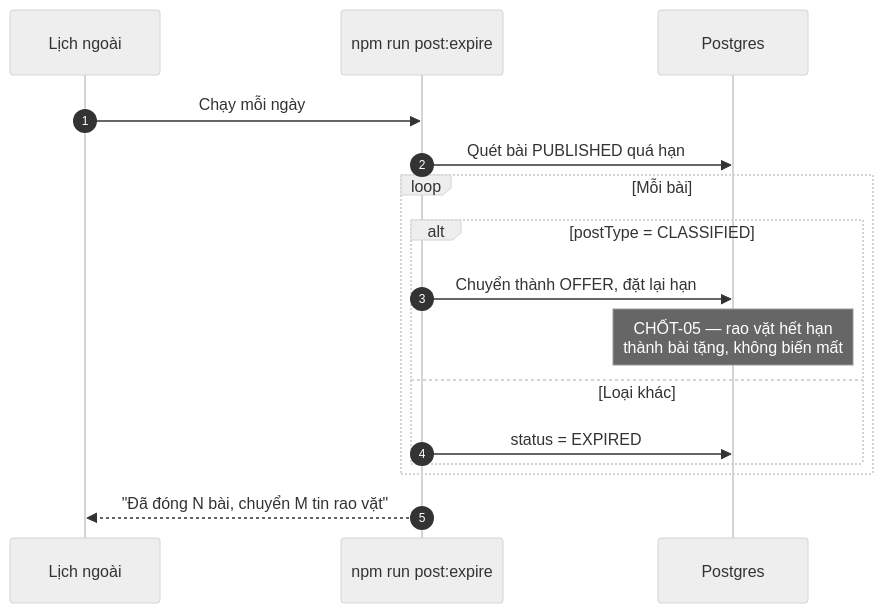
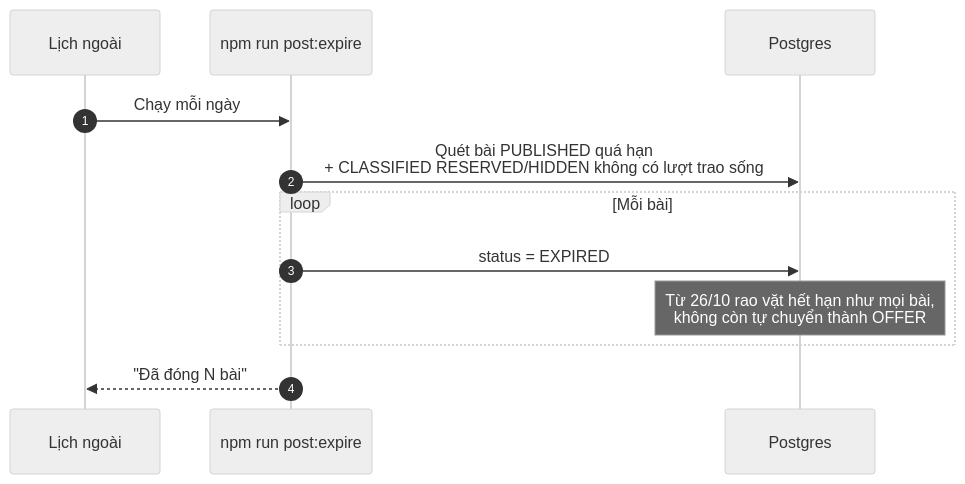
Before and after one commit to fdshn/trueheart: the fourth of 7 diagrams in docs/diagram/04-post.md, drawn with Mermaid (neutral theme). The commit also changed other lines of this file and 49 other files, not shown here.

````diff
--- a/docs/diagram/04-post.md
+++ b/docs/diagram/04-post.md
@@ -125,19 +140,15 @@
 ```mermaid
 sequenceDiagram
     autonumber
     participant CRON as Lịch ngoài
     participant CLI as npm run post:expire
     participant DB as Postgres
 
     CRON->>CLI: Chạy mỗi ngày
-    CLI->>DB: Quét bài PUBLISHED quá hạn
+    CLI->>DB: Quét bài PUBLISHED quá hạn<br/>+ CLASSIFIED RESERVED/HIDDEN không có lượt trao sống
     loop Mỗi bài
-        alt postType = CLASSIFIED
-            CLI->>DB: Chuyển thành OFFER, đặt lại hạn
-            Note over DB: CHỐT-05 — rao vặt hết hạn<br/>thành bài tặng, không biến mất
-        else Loại khác
-            CLI->>DB: status = EXPIRED
-        end
+        CLI->>DB: status = EXPIRED
+        Note over DB: Từ 26/10 rao vặt hết hạn như mọi bài,<br/>không còn tự chuyển thành OFFER
     end
-    CLI-->>CRON: "Đã đóng N bài, chuyển M tin rao vặt"
+    CLI-->>CRON: "Đã đóng N bài"
 ```
````
